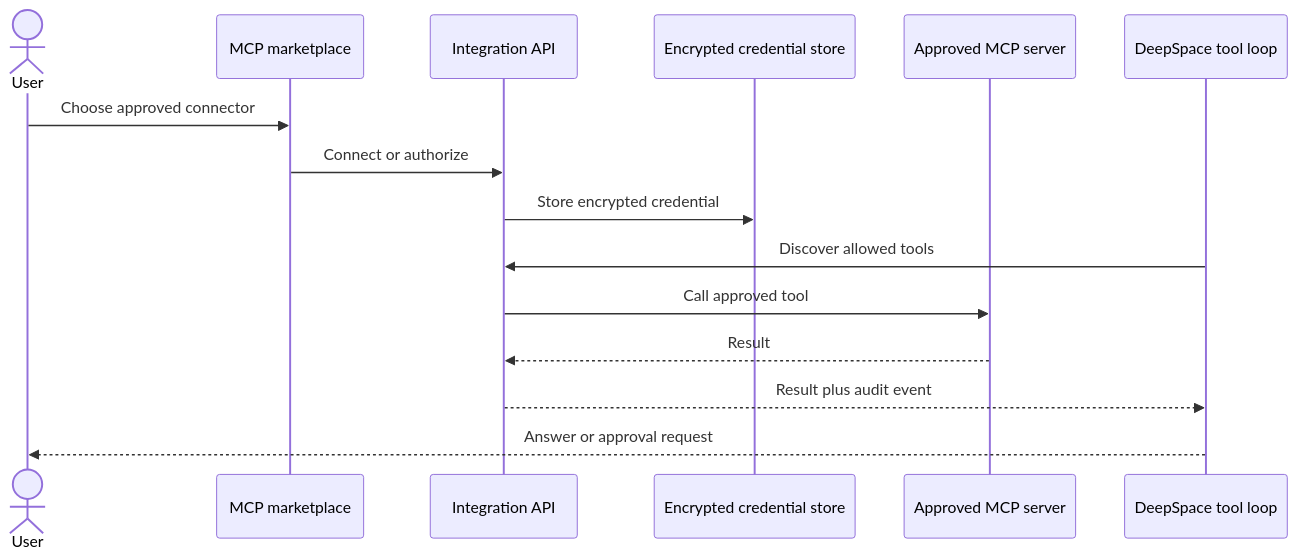
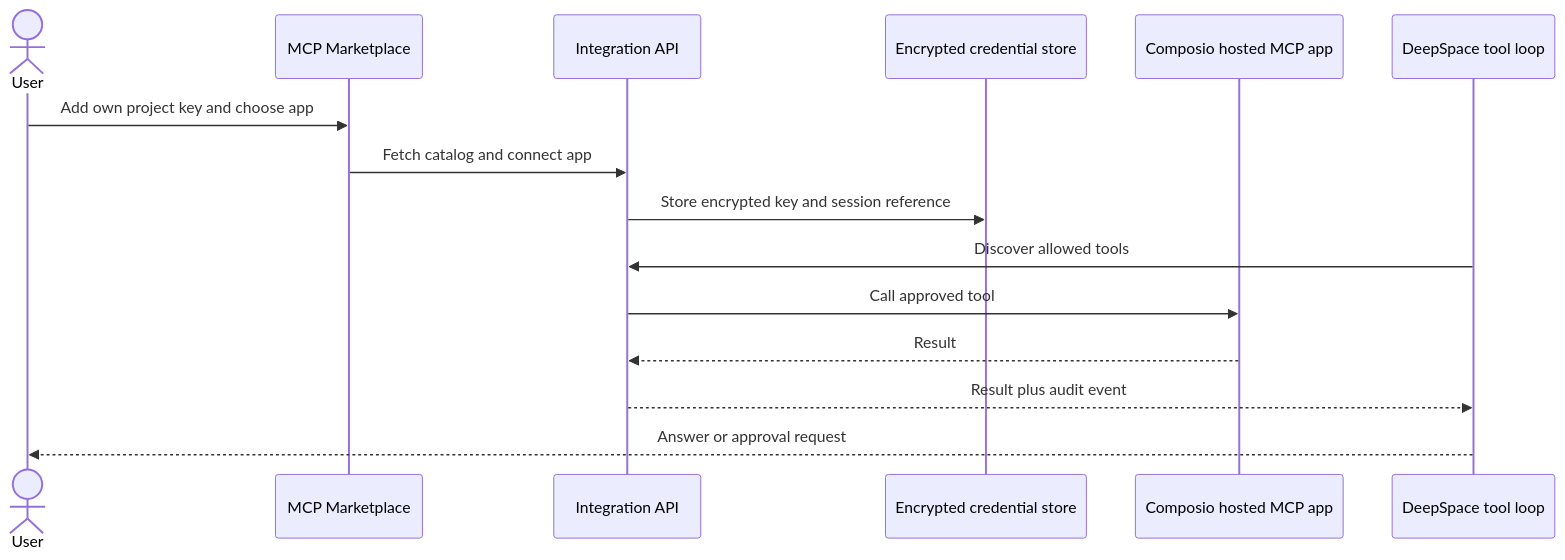
The diagram in backend/docs/capabilities/06-mcp-connections.md (sainibhaowal/AverQel), drawn with Mermaid before and after one commit. The commit also changed other lines of this file and 359 other files, not shown here.

````diff
--- a/backend/docs/capabilities/06-mcp-connections.md
+++ b/backend/docs/capabilities/06-mcp-connections.md
@@ -11,17 +11,17 @@
 ```mermaid
 sequenceDiagram
     actor User
-    participant UI as MCP marketplace
+    participant UI as MCP Marketplace
     participant API as Integration API
     participant Vault as Encrypted credential store
-    participant MCP as Approved MCP server
+    participant MCP as Composio hosted MCP app
     participant Agent as DeepSpace tool loop
-    User->>UI: Choose approved connector
-    UI->>API: Connect or authorize
-    API->>Vault: Store encrypted credential
+    User->>UI: Add own project key and choose app
+    UI->>API: Fetch catalog and connect app
+    API->>Vault: Store encrypted key and session reference
     Agent->>API: Discover allowed tools
     API->>MCP: Call approved tool
     MCP-->>API: Result
     API-->>Agent: Result plus audit event
     Agent-->>User: Answer or approval request
 ```
````
